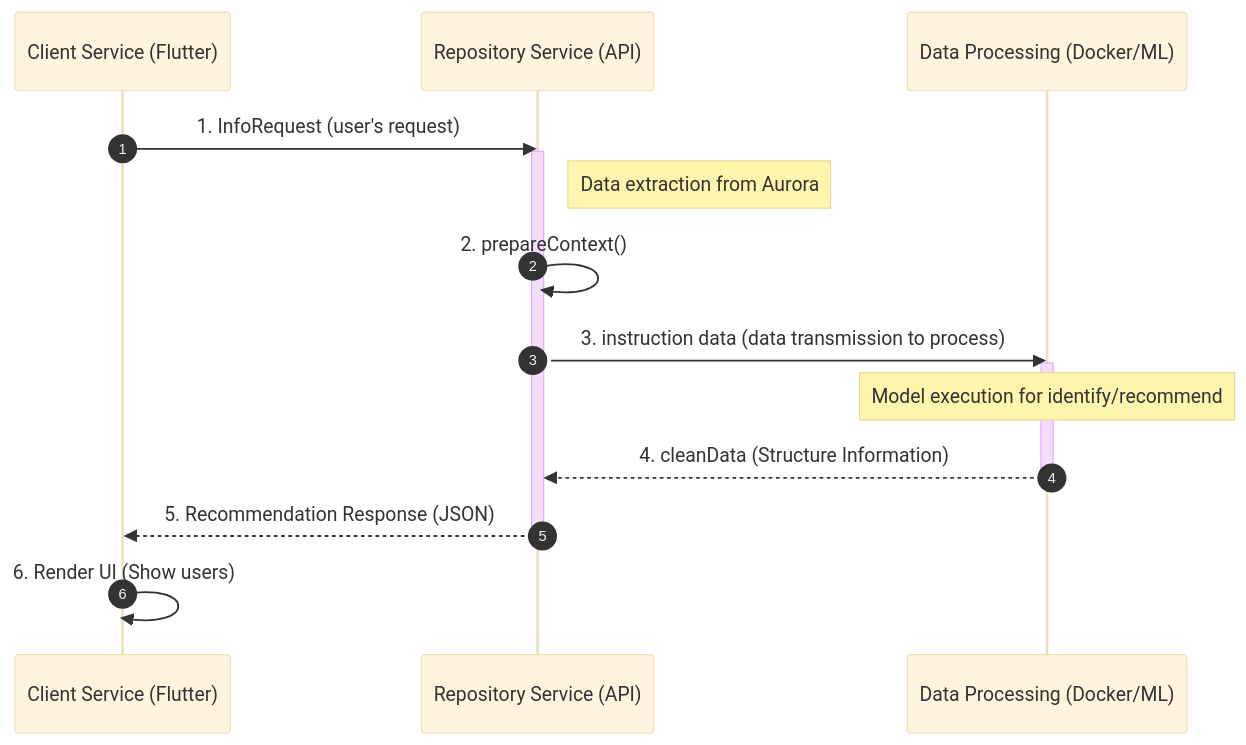
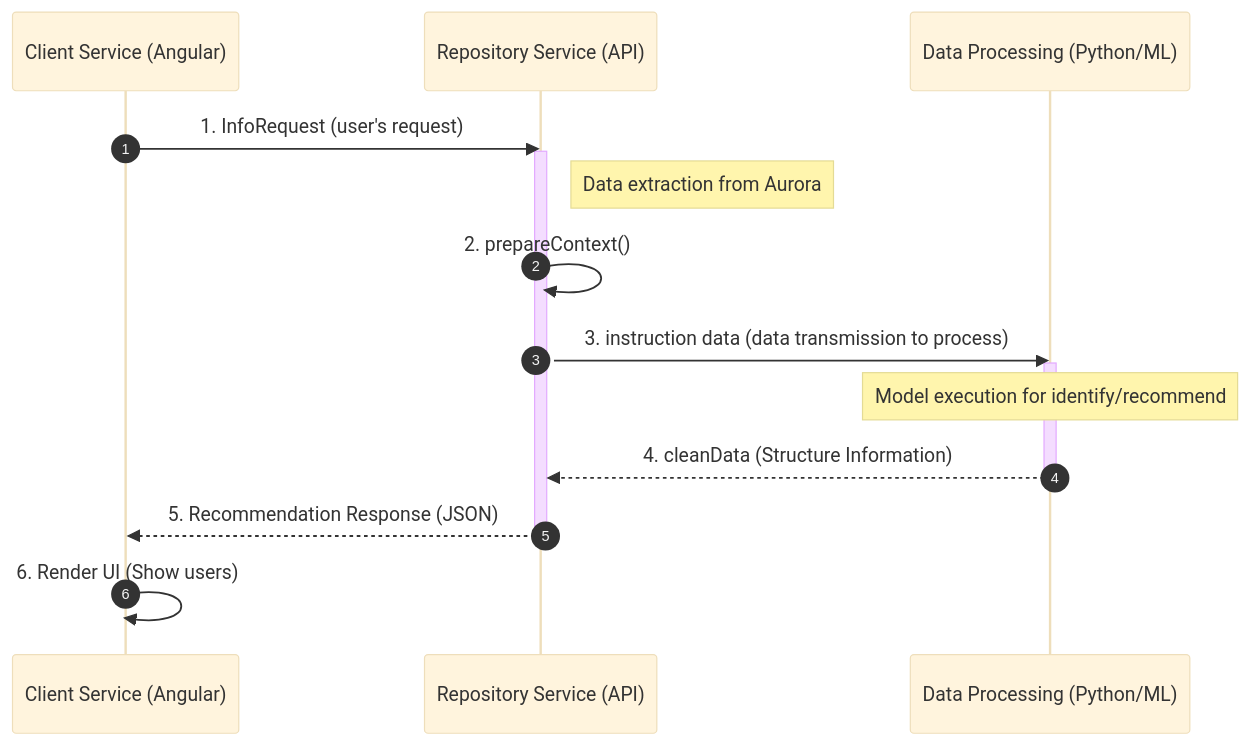
The fifth of 11 diagrams in docs/4+1 Model/Process.md (monxvoll/WeiCloth), drawn with Mermaid (base theme) before and after one commit. The commit also changed other lines of this file, not shown here.

Commit message:
Add: Sequence, state and communication diagrams

````diff
--- a/docs/4+1 Model/Process.md
+++ b/docs/4+1 Model/Process.md
@@ -52,20 +128,20 @@
 ```mermaid
 sequenceDiagram
     autonumber
-    participant C as Client Service (Flutter)
+    participant C as Client Service (Angular)
     participant R as Repository Service (API)
-    participant DP as Data Processing (Docker/ML)
+    participant DP as Data Processing (Python/ML)
 
     C->>R: 1. InfoRequest (user's request)
     activate R
     Note right of R: Data extraction from Aurora
     R->>R: 2. prepareContext()
     R->>DP: 3. instruction data (data transmission to process)
     activate DP
     Note over DP: Model execution for identify/recommend
     DP-->>R: 4. cleanData (Structure Information)
     deactivate DP
     R-->>C: 5. Recommendation Response (JSON)
     deactivate R
     C->>C: 6. Render UI (Show users)
 ```
````
